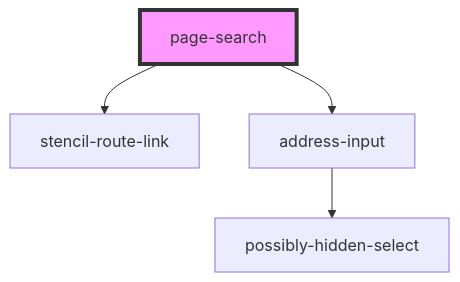
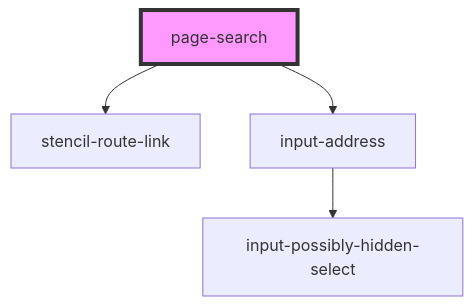
The diagram in site/src/components/page-search/readme.md (pizza-to-the-polls/power-the-polls), drawn with Mermaid before and after one commit. The commit also changed other lines of this file and 26 other files, not shown here.

````diff
--- a/site/src/components/page-search/readme.md
+++ b/site/src/components/page-search/readme.md
@@ -23,7 +23,7 @@
 ```mermaid
 graph TD;
   page-search --> stencil-route-link
-  page-search --> address-input
-  address-input --> possibly-hidden-select
+  page-search --> input-address
+  input-address --> input-possibly-hidden-select
   style page-search fill:#f9f,stroke:#333,stroke-width:4px
 ```
````
